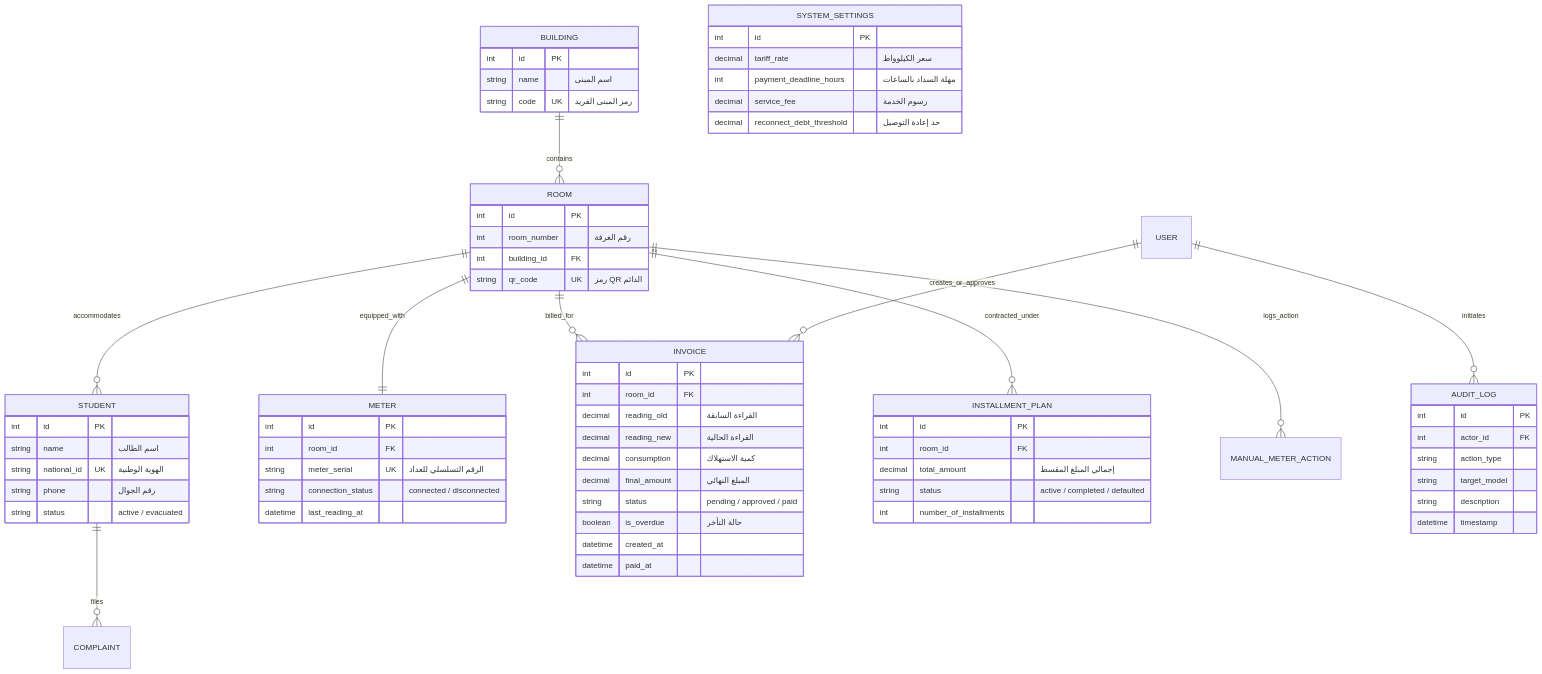
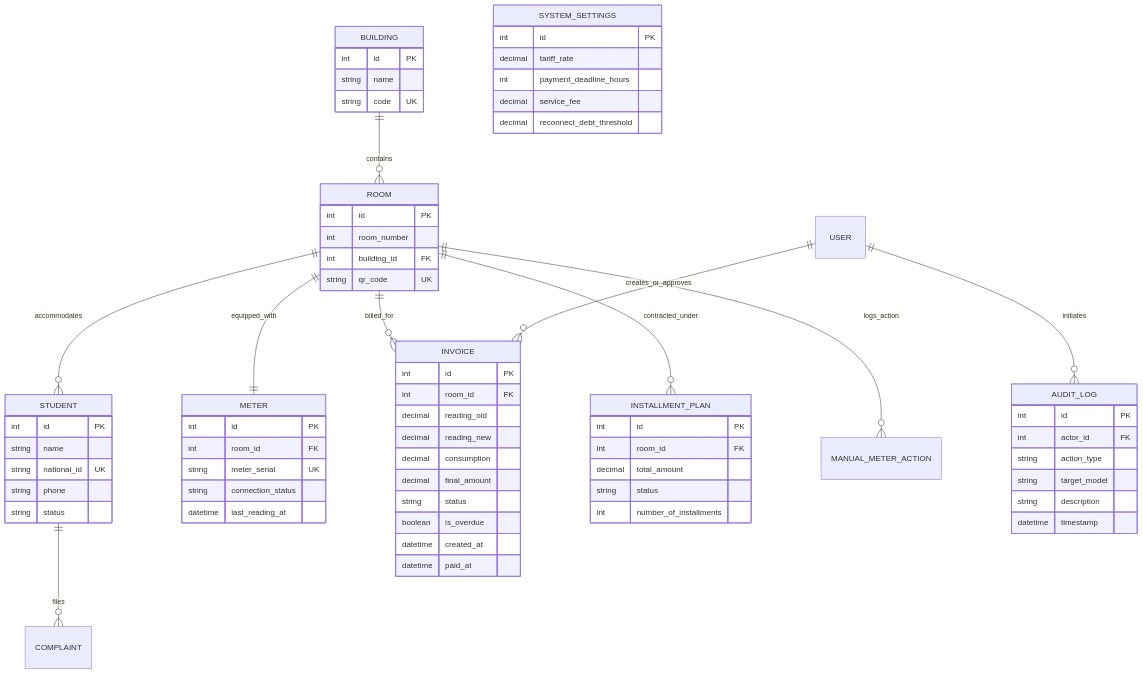
Before and after one commit to mushtaqalfaqih/ElectricityBillingSystem: the second of 6 diagrams in README.md, drawn with Mermaid. The commit also changed other lines of this file and 7 other files, not shown here.

Commit message:
docs: embed high-resolution rendered diagram images in README

````diff
--- a/README.md
+++ b/README.md
@@ -120,79 +136,72 @@
 ```mermaid
 erDiagram
     BUILDING ||--o{ ROOM : contains
     ROOM ||--o{ STUDENT : accommodates
     ROOM ||--|| METER : equipped_with
     ROOM ||--o{ INVOICE : billed_for
     ROOM ||--o{ INSTALLMENT_PLAN : contracted_under
     ROOM ||--o{ MANUAL_METER_ACTION : logs_action
     STUDENT ||--o{ COMPLAINT : files
     USER ||--o{ INVOICE : creates_or_approves
     USER ||--o{ AUDIT_LOG : initiates
 
     BUILDING {
         int id PK
-        string name "اسم المبنى"
-        string code UK "رمز المبنى الفريد"
+        string name
+        string code UK
     }
-
     ROOM {
         int id PK
-        int room_number "رقم الغرفة"
+        int room_number
         int building_id FK
-        string qr_code UK "رمز QR الدائم"
+        string qr_code UK
     }
-
     STUDENT {
         int id PK
-        string name "اسم الطالب"
-        string national_id UK "الهوية الوطنية"
-        string phone "رقم الجوال"
-        string status "active / evacuated"
+        string name
+        string national_id UK
+        string phone
+        string status
     }
-
     METER {
         int id PK
         int room_id FK
-        string meter_serial UK "الرقم التسلسلي للعداد"
-        string connection_status "connected / disconnected"
+        string meter_serial UK
+        string connection_status
         datetime last_reading_at
     }
-
     INVOICE {
         int id PK
         int room_id FK
-        decimal reading_old "القراءة السابقة"
-        decimal reading_new "القراءة الحالية"
-        decimal consumption "كمية الاستهلاك"
-        decimal final_amount "المبلغ النهائي"
-        string status "pending / approved / paid"
-        boolean is_overdue "حالة التأخر"
+        decimal reading_old
+        decimal reading_new
+        decimal consumption
+        decimal final_amount
+        string status
+        boolean is_overdue
         datetime created_at
         datetime paid_at
     }
-
     INSTALLMENT_PLAN {
         int id PK
         int room_id FK
-        decimal total_amount "إجمالي المبلغ المقسط"
-        string status "active / completed / defaulted"
+        decimal total_amount
+        string status
         int number_of_installments
     }
-
     SYSTEM_SETTINGS {
         int id PK
-        decimal tariff_rate "سعر الكيلوواط"
-        int payment_deadline_hours "مهلة السداد بالساعات"
-        decimal service_fee "رسوم الخدمة"
-        decimal reconnect_debt_threshold "حد إعادة التوصيل"
+        decimal tariff_rate
+        int payment_deadline_hours
+        decimal service_fee
+        decimal reconnect_debt_threshold
     }
-
     AUDIT_LOG {
         int id PK
         int actor_id FK
         string action_type
         string target_model
         string description
         datetime timestamp
     }
 ```
````
